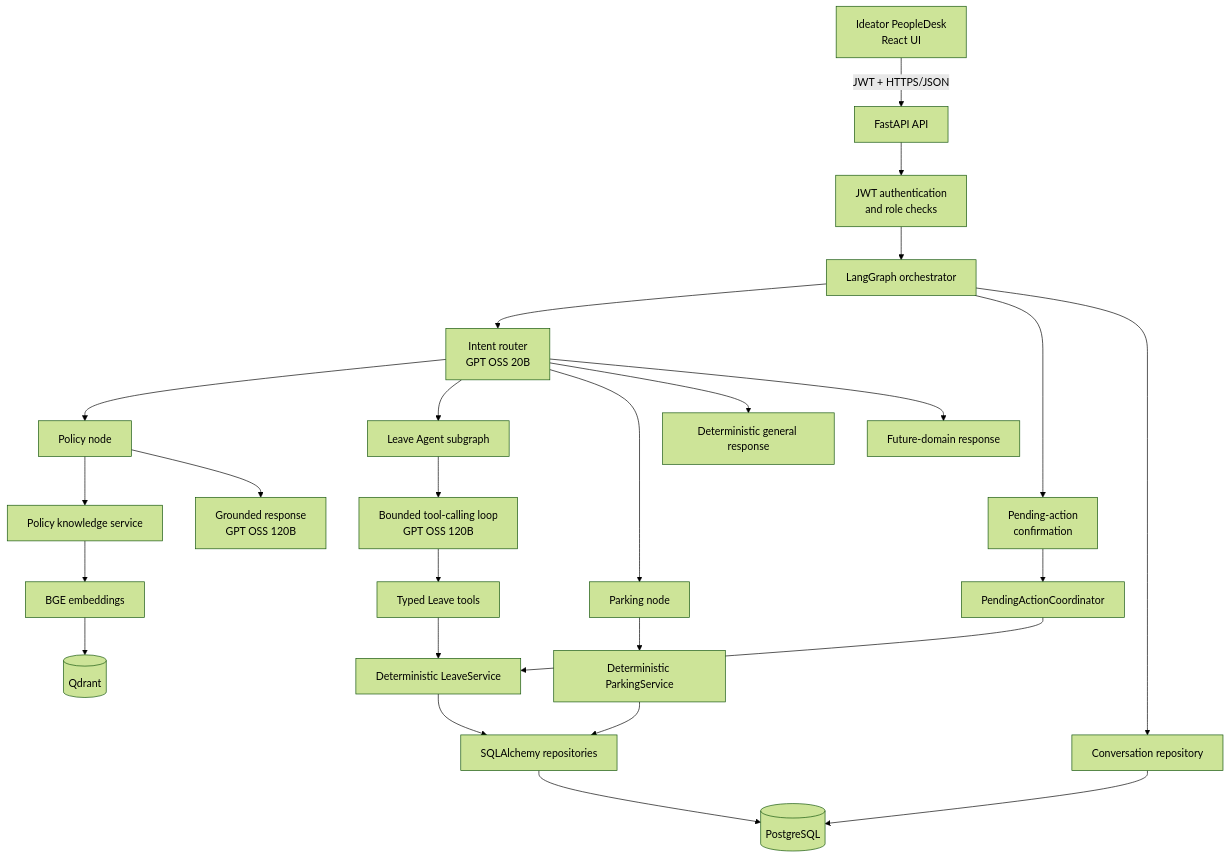
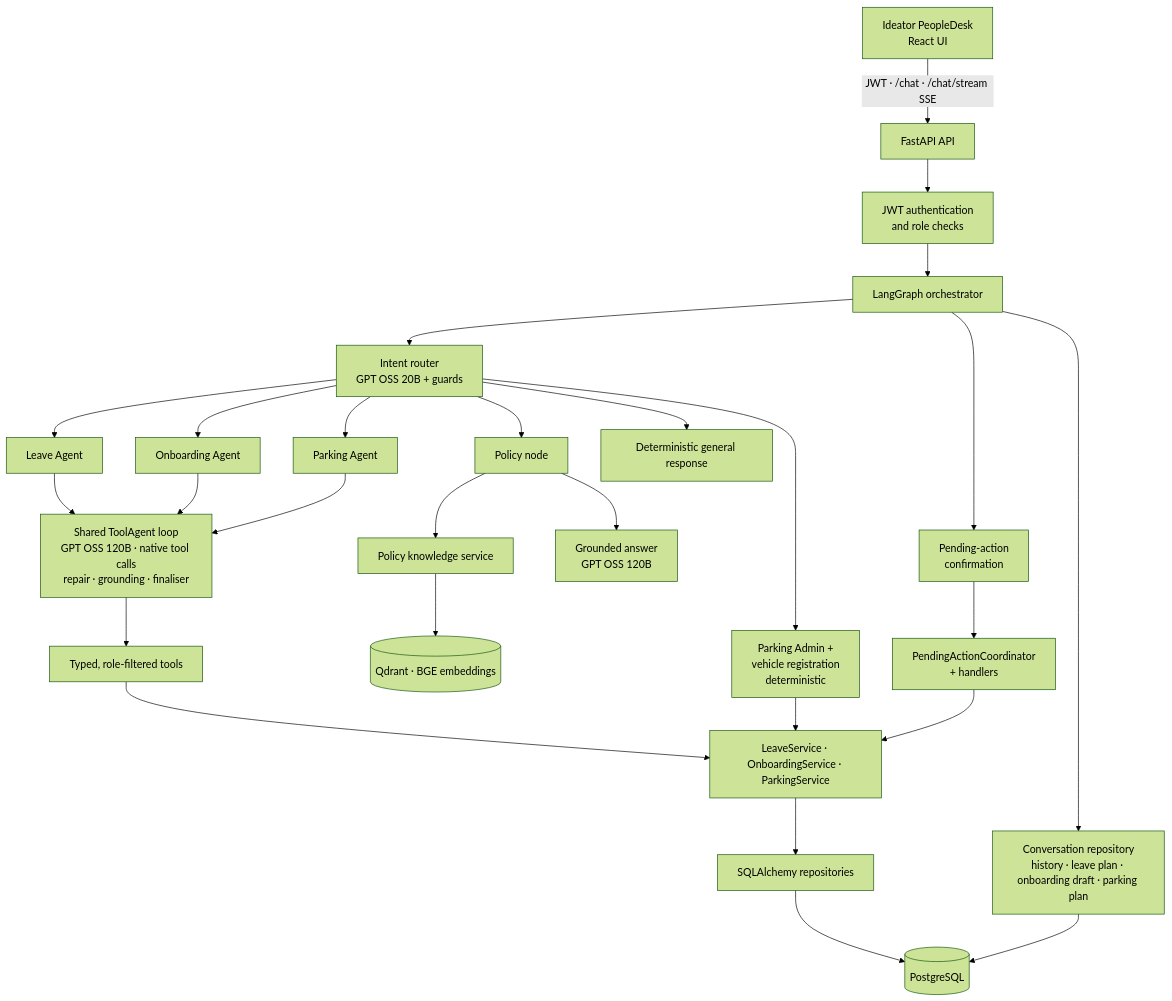
The first of 3 diagrams in ARCHITECTURE.md (Hariharan27/Agentic-HR-Employee-Assistant), drawn with Mermaid (forest theme) before and after one commit. The commit also changed other lines of this file and 3 other files, not shown here.

First line of the commit message:
Update README, architecture, demo script and eval docs to the current system

````diff
--- a/ARCHITECTURE.md
+++ b/ARCHITECTURE.md
@@ -35,32 +36,31 @@
 ```mermaid
 flowchart TB
-    UI[Ideator PeopleDesk\nReact UI] -->|JWT + HTTPS/JSON| API[FastAPI API]
+    UI[Ideator PeopleDesk\nReact UI] -->|JWT · /chat · /chat/stream SSE| API[FastAPI API]
     API --> AUTH[JWT authentication\nand role checks]
     AUTH --> GRAPH[LangGraph orchestrator]
 
-    GRAPH --> ROUTER[Intent router\nGPT OSS 20B]
     GRAPH --> CONFIRM[Pending-action\nconfirmation]
+    GRAPH --> ROUTER[Intent router\nGPT OSS 20B + guards]
     ROUTER --> POLICY[Policy node]
-    ROUTER --> LEAVE[Leave Agent subgraph]
-    ROUTER --> PARKING[Parking node]
+    ROUTER --> LEAVE[Leave Agent]
+    ROUTER --> ONB[Onboarding Agent]
+    ROUTER --> PARK[Parking Agent]
+    ROUTER --> PADMIN[Parking Admin +\nvehicle registration\ndeterministic]
     ROUTER --> GENERAL[Deterministic general response]
-    ROUTER --> UNSUPPORTED[Future-domain response]
 
     POLICY --> RAG[Policy knowledge service]
-    RAG --> EMBED[BGE embeddings]
-    EMBED --> QDRANT[(Qdrant)]
-    POLICY --> ANSWER[Grounded response\nGPT OSS 120B]
+    RAG --> QDRANT[(Qdrant · BGE embeddings)]
+    POLICY --> ANSWER[Grounded answer\nGPT OSS 120B]
 
-    LEAVE --> LEAVE_MODEL[Bounded tool-calling loop\nGPT OSS 120B]
-    LEAVE_MODEL --> LEAVE_TOOLS[Typed Leave tools]
-    LEAVE_TOOLS --> SERVICE[Deterministic LeaveService]
-    PARKING --> PARKING_SERVICE[Deterministic ParkingService]
-    CONFIRM --> PENDING[PendingActionCoordinator]
-    PENDING --> SERVICE
-    SERVICE --> REPO[SQLAlchemy repositories]
-    PARKING_SERVICE --> REPO
+    LEAVE & ONB & PARK --> LOOP[Shared ToolAgent loop\nGPT OSS 120B · native tool calls\nrepair · grounding · finaliser]
+    LOOP --> TOOLS[Typed, role-filtered tools]
+    TOOLS --> SERVICES[LeaveService · OnboardingService · ParkingService]
+    PADMIN --> SERVICES
+    CONFIRM --> PENDING[PendingActionCoordinator\n+ handlers]
+    PENDING --> SERVICES
+    SERVICES --> REPO[SQLAlchemy repositories]
     REPO --> POSTGRES[(PostgreSQL)]
 
-    GRAPH --> CONVERSATION[Conversation repository]
+    GRAPH --> CONVERSATION[Conversation repository\nhistory · leave plan · onboarding draft · parking plan]
     CONVERSATION --> POSTGRES
 ```
````
